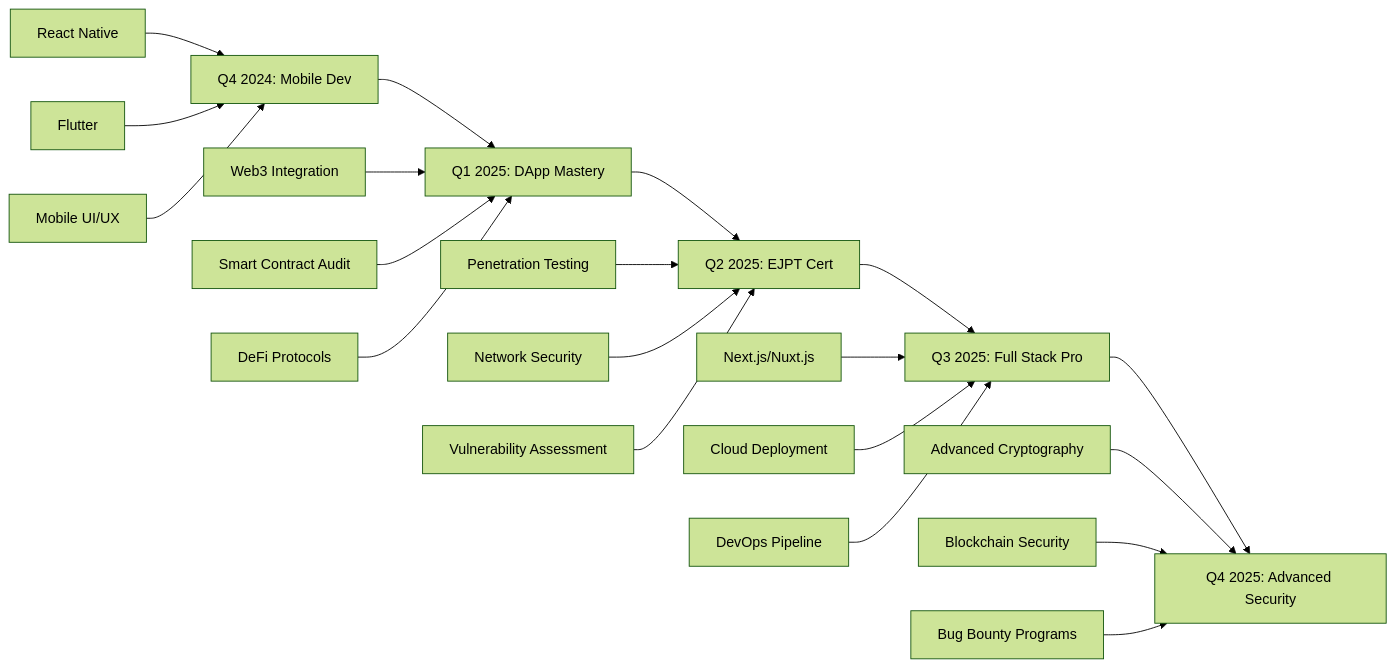
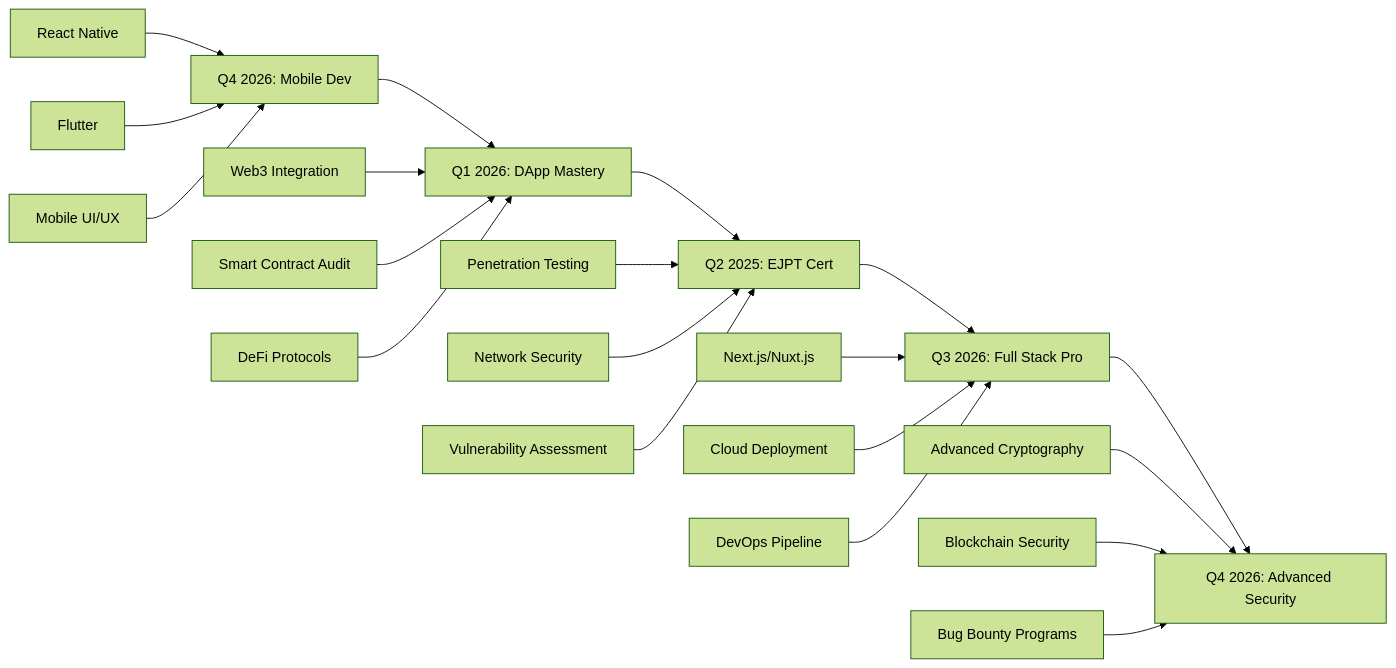
The diagram in README.md (OmarQV/OmarQV), drawn with Mermaid (forest theme) before and after one commit. The commit also changed other lines of this file, not shown here.

````diff
--- a/README.md
+++ b/README.md
@@ -167,27 +167,27 @@
 ```mermaid
 graph LR
-    A[Q4 2024: Mobile Dev] --> B[Q1 2025: DApp Mastery]
+    A[Q4 2026: Mobile Dev] --> B[Q1 2026: DApp Mastery]
     B --> C[Q2 2025: EJPT Cert]
-    C --> D[Q3 2025: Full Stack Pro]
-    D --> E[Q4 2025: Advanced Security]
+    C --> D[Q3 2026: Full Stack Pro]
+    D --> E[Q4 2026: Advanced Security]
     
     A1[React Native] --> A
     A2[Flutter] --> A
     A3[Mobile UI/UX] --> A
     
     B1[Web3 Integration] --> B
     B2[Smart Contract Audit] --> B
     B3[DeFi Protocols] --> B
     
     C1[Penetration Testing] --> C
     C2[Network Security] --> C
     C3[Vulnerability Assessment] --> C
     
     D1[Next.js/Nuxt.js] --> D
     D2[Cloud Deployment] --> D
     D3[DevOps Pipeline] --> D
     
     E1[Advanced Cryptography] --> E
     E2[Blockchain Security] --> E
     E3[Bug Bounty Programs] --> E
 ```
````
